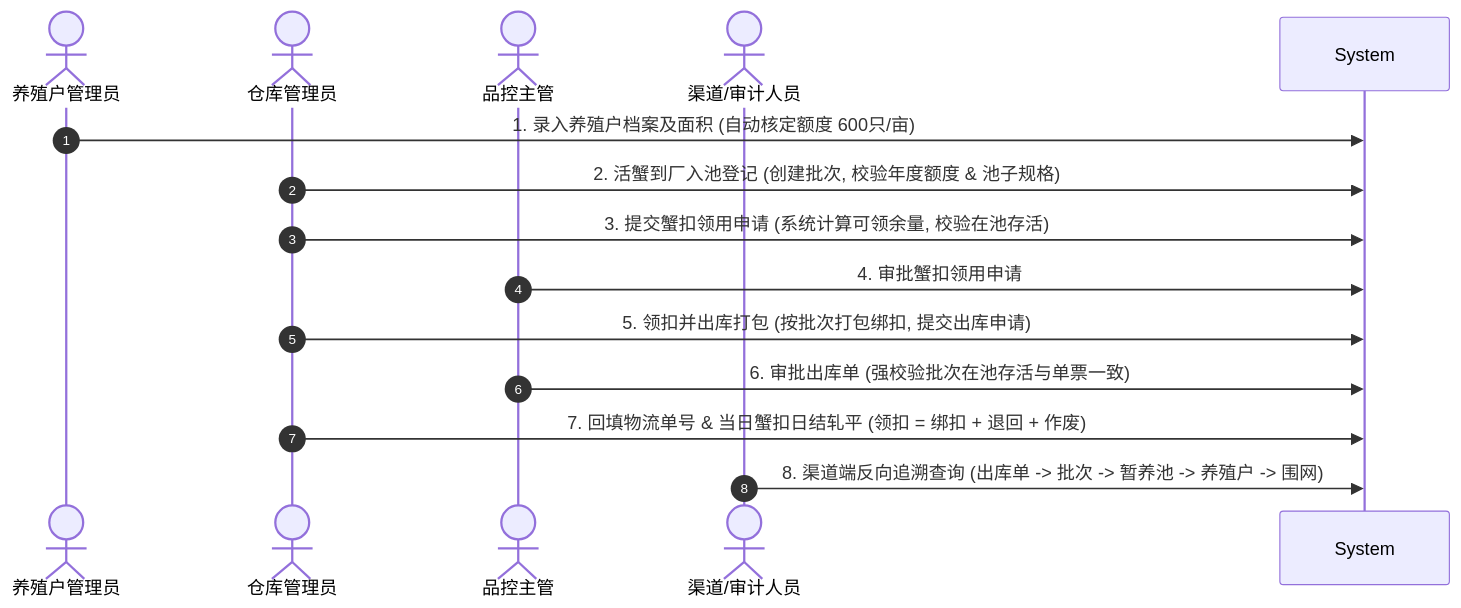
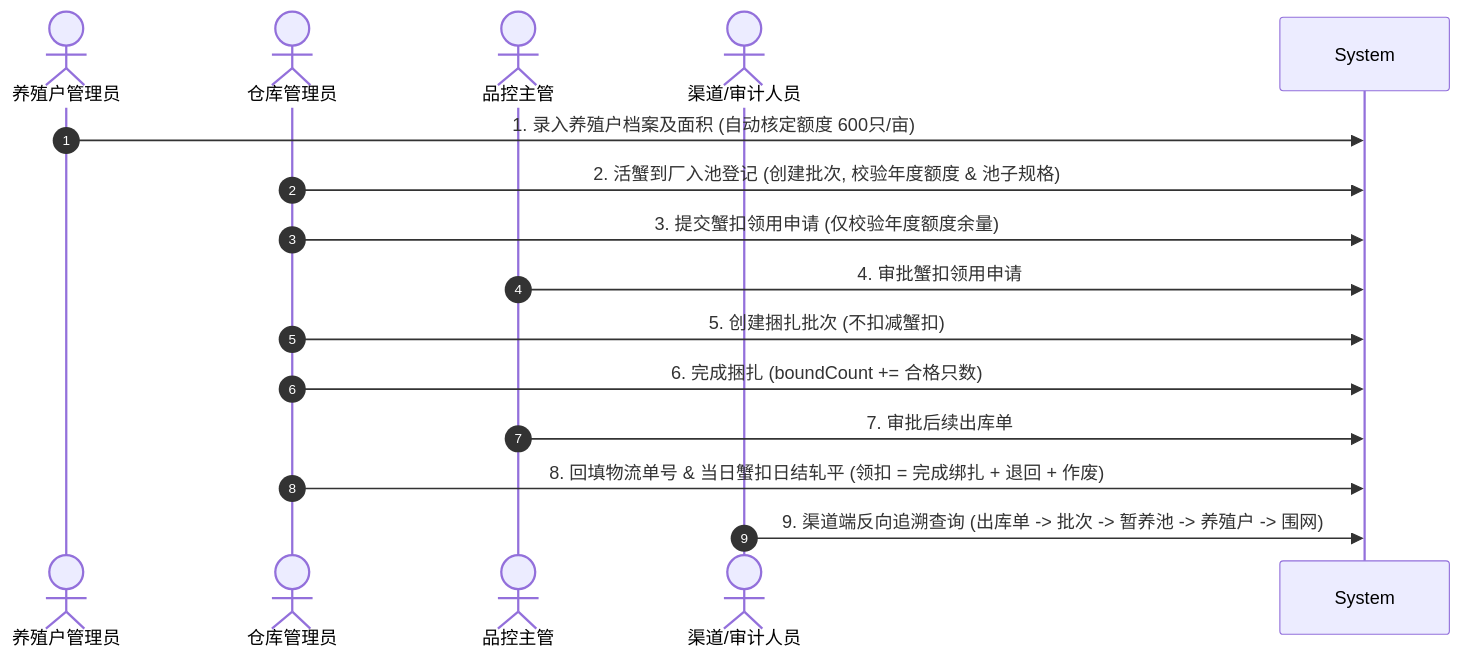
Before and after one commit to hopkinson/yangcheng-tracehub: the second of 2 diagrams in docs/PRD_ANALYSIS.md, drawn with Mermaid. The commit also changed other lines of this file and 8 other files, not shown here.

````diff
--- a/docs/PRD_ANALYSIS.md
+++ b/docs/PRD_ANALYSIS.md
@@ -75,17 +75,18 @@
 ```mermaid
 sequenceDiagram
     autonumber
     actor FarmerAdmin as 养殖户管理员
     actor Warehouse as 仓库管理员
     actor QA as 品控主管
     actor ChannelUser as 渠道/审计人员
 
     FarmerAdmin->>System: 1. 录入养殖户档案及面积 (自动核定额度 600只/亩)
     Warehouse->>System: 2. 活蟹到厂入池登记 (创建批次, 校验年度额度 & 池子规格)
-    Warehouse->>System: 3. 提交蟹扣领用申请 (系统计算可领余量, 校验在池存活)
+    Warehouse->>System: 3. 提交蟹扣领用申请 (仅校验年度额度余量)
     QA->>System: 4. 审批蟹扣领用申请
-    Warehouse->>System: 5. 领扣并出库打包 (按批次打包绑扣, 提交出库申请)
-    QA->>System: 6. 审批出库单 (强校验批次在池存活与单票一致)
-    Warehouse->>System: 7. 回填物流单号 & 当日蟹扣日结轧平 (领扣 = 绑扣 + 退回 + 作废)
-    ChannelUser->>System: 8. 渠道端反向追溯查询 (出库单 -> 批次 -> 暂养池 -> 养殖户 -> 围网)
+    Warehouse->>System: 5. 创建捆扎批次 (不扣减蟹扣)
+    Warehouse->>System: 6. 完成捆扎 (boundCount += 合格只数)
+    QA->>System: 7. 审批后续出库单
+    Warehouse->>System: 8. 回填物流单号 & 当日蟹扣日结轧平 (领扣 = 完成绑扎 + 退回 + 作废)
+    ChannelUser->>System: 9. 渠道端反向追溯查询 (出库单 -> 批次 -> 暂养池 -> 养殖户 -> 围网)
 ```
````
